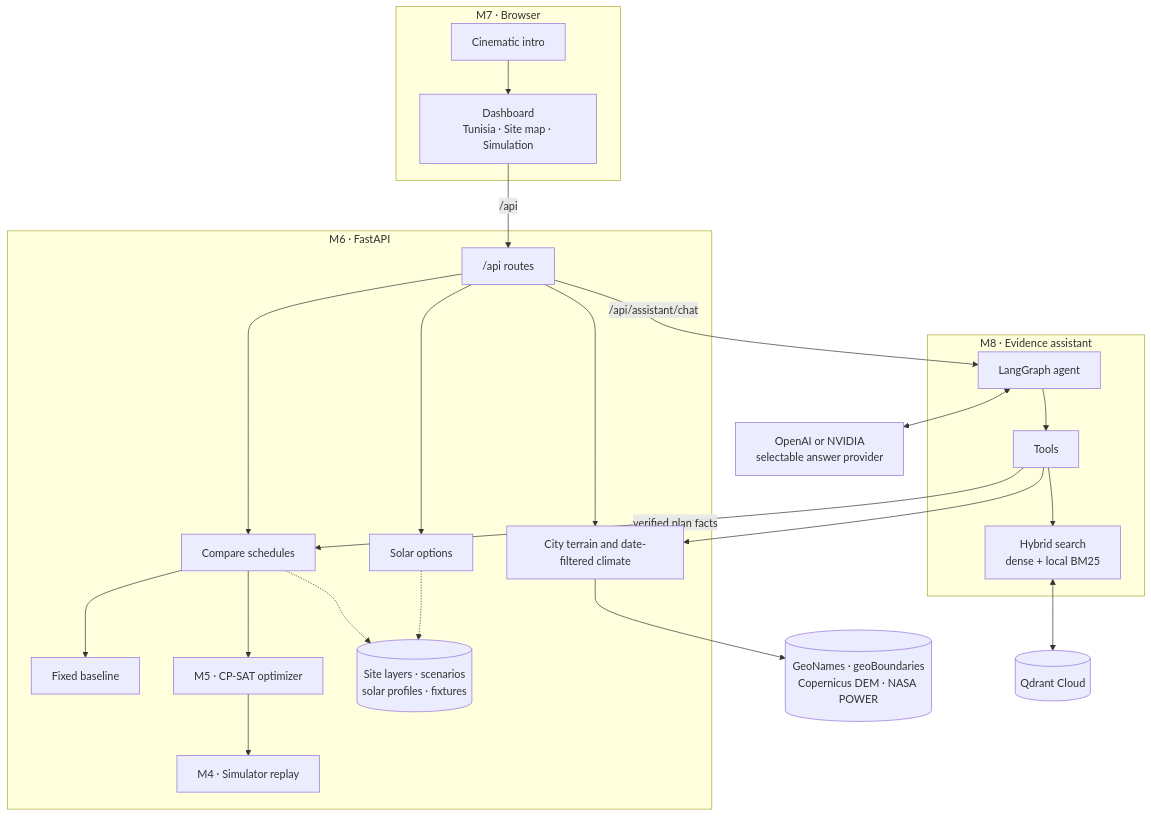
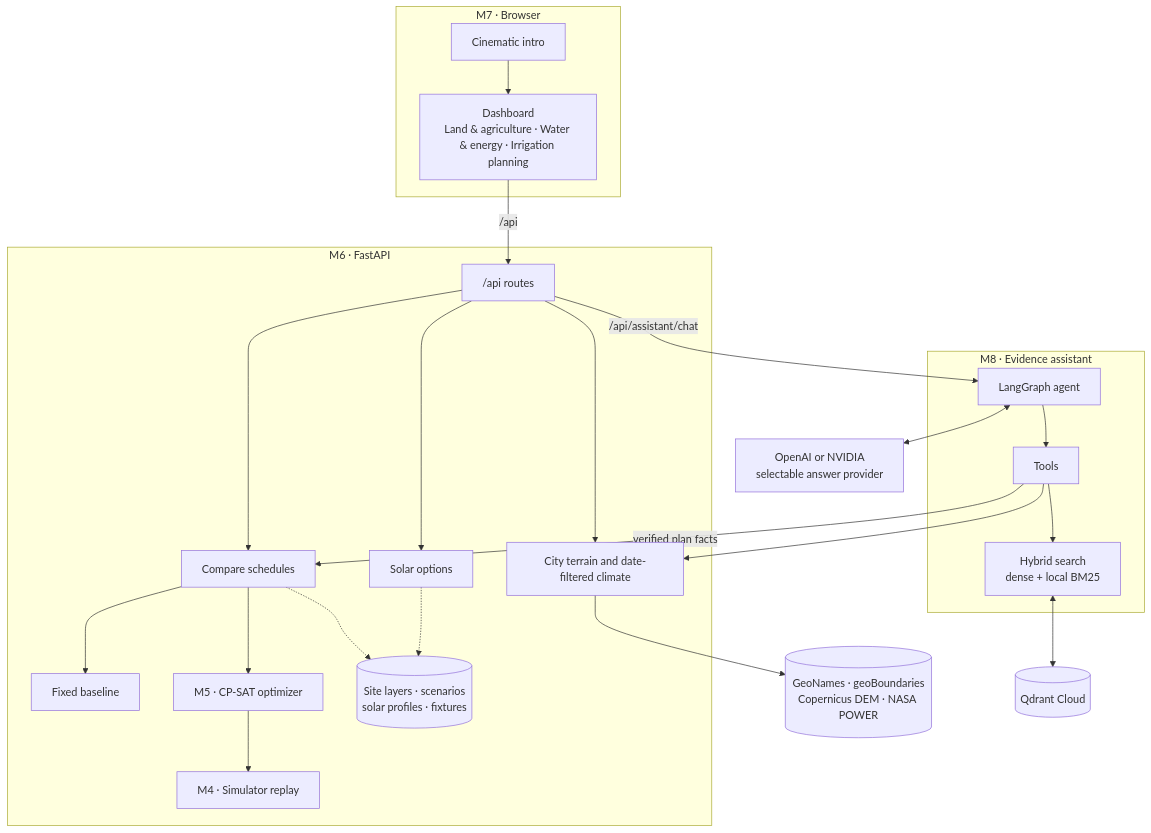
One commit to omarfh111/MIZUHO changed the first of 4 diagrams in README.md. Above: the diagram before and after it, drawn with Mermaid. The commit also changed other lines of this file and 2 other files, not shown here.

````diff
--- a/README.md
+++ b/README.md
@@ -47,33 +47,33 @@
 ```mermaid
 flowchart TD
   accTitle: MIZUHO application architecture
   accDescr: The dashboard sends requests to FastAPI for M6 irrigation planning and M8 evidence-backed answers.
   subgraph M7["M7 · Browser"]
-    intro["Cinematic intro"] --> dash["Dashboard<br/>Tunisia · Site map · Simulation"]
+    intro["Cinematic intro"] --> dash["Dashboard<br/>Land &amp; agriculture · Water &amp; energy · Irrigation planning"]
   end
 
   subgraph M6["M6 · FastAPI"]
     api["/api routes"] --> compare["Compare schedules"]
     compare --> baseline["Fixed baseline"]
     compare --> cpsat["M5 · CP-SAT optimizer"]
     cpsat --> sim["M4 · Simulator replay"]
     api --> solar["Solar options"]
     api --> atlas["City terrain and date-filtered climate"]
     data[("Site layers · scenarios<br/>solar profiles · fixtures")]
   end
 
   subgraph M8["M8 · Evidence assistant"]
     agent["LangGraph agent"] --> tools["Tools"]
     tools --> search["Hybrid search<br/>dense + local BM25"]
   end
 
   dash -->|"/api"| api
   api -->|"/api/assistant/chat"| agent
   tools -->|"verified plan facts"| compare
   compare -.-> data
   solar -.-> data
   atlas --> archive[("GeoNames · geoBoundaries<br/>Copernicus DEM · NASA POWER")]
   tools --> atlas
   agent <--> llm["OpenAI or NVIDIA<br/>selectable answer provider"]
   search <--> qdrant[("Qdrant Cloud")]
 ```
````
